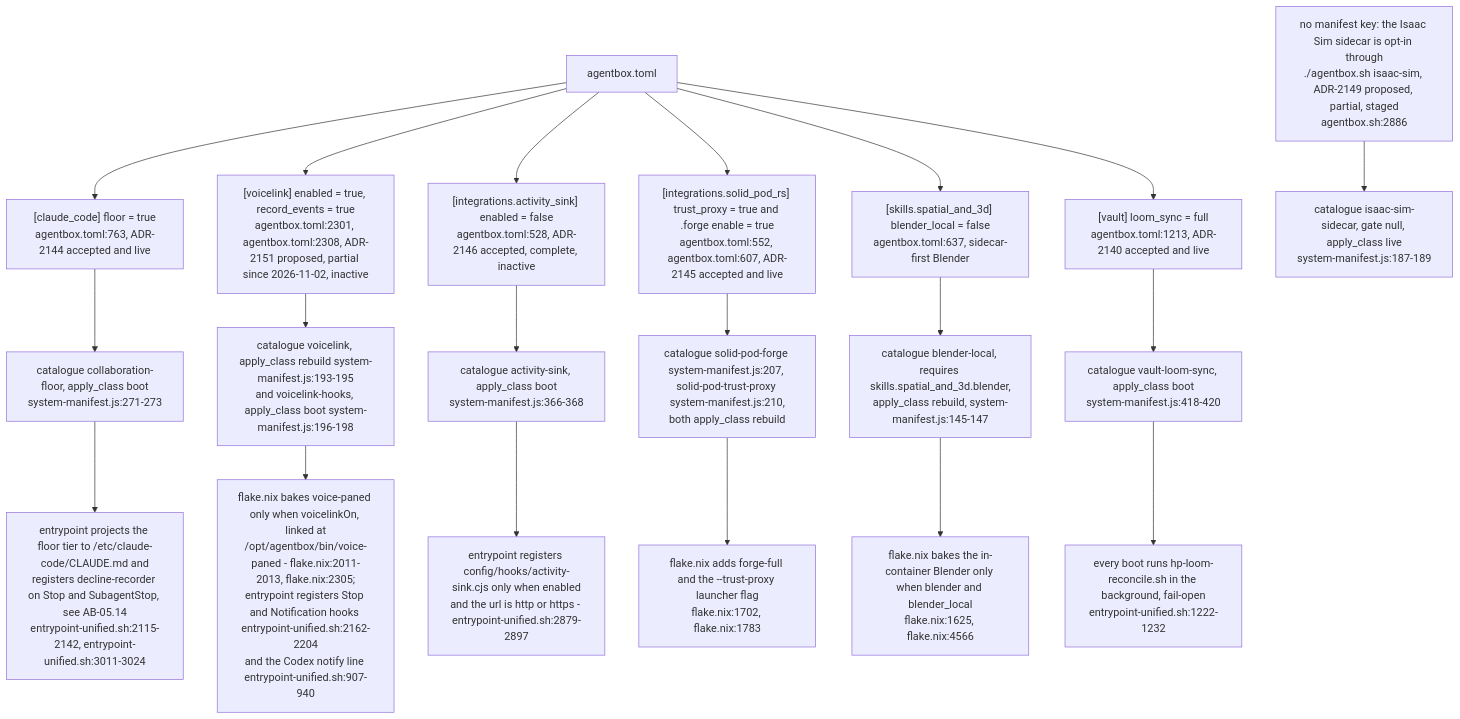
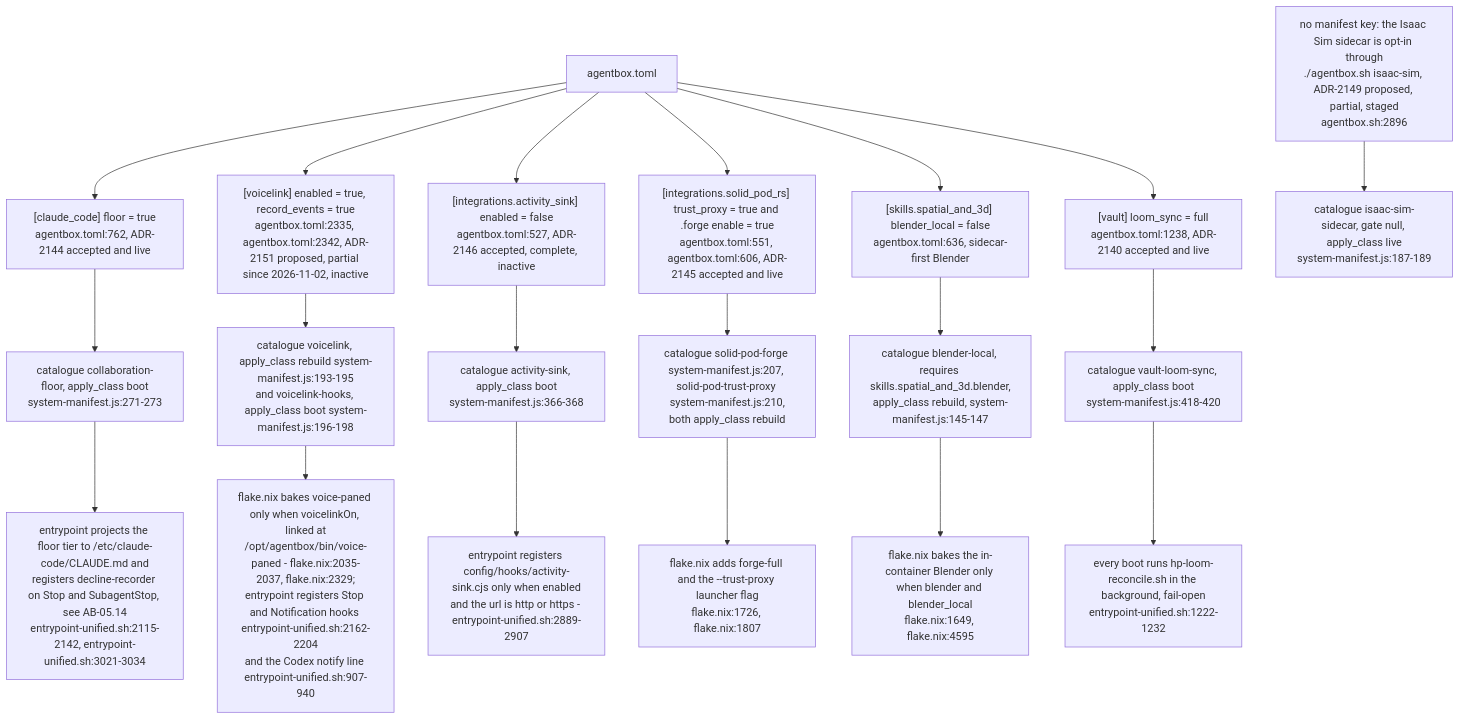
One commit to DreamLab-AI/VisionFlow changed diagram 16 of 16 in docs/diagrams/agentbox/05-manifest-gates-and-cli.md. Above: the diagram before and after it, drawn with Mermaid. The commit also changed other lines of this file, not shown here.

First line of the commit message:
diagrams(agentbox): re-verify AB-05 at agentbox 59b1aca

````diff
--- a/docs/diagrams/agentbox/05-manifest-gates-and-cli.md
+++ b/docs/diagrams/agentbox/05-manifest-gates-and-cli.md
@@ -588,26 +588,26 @@
 ```mermaid
 flowchart TB
     TOML["agentbox.toml"]
-    TOML --> G1["[claude_code] floor = true<br/>agentbox.toml:763, ADR-2144 accepted and live"]
-    TOML --> G2["[voicelink] enabled = true, record_events = true<br/>agentbox.toml:2301, agentbox.toml:2308, ADR-2151 proposed, partial since 2026-11-02, inactive"]
-    TOML --> G3["[integrations.activity_sink] enabled = false<br/>agentbox.toml:528, ADR-2146 accepted, complete, inactive"]
-    TOML --> G4["[integrations.solid_pod_rs] trust_proxy = true and .forge enable = true<br/>agentbox.toml:552, agentbox.toml:607, ADR-2145 accepted and live"]
-    TOML --> G5["[skills.spatial_and_3d] blender_local = false<br/>agentbox.toml:637, sidecar-first Blender"]
-    TOML --> G6["[vault] loom_sync = full<br/>agentbox.toml:1213, ADR-2140 accepted and live"]
-    NOKEY["no manifest key: the Isaac Sim sidecar is opt-in through<br/>./agentbox.sh isaac-sim, ADR-2149 proposed, partial, staged<br/>agentbox.sh:2886"]
+    TOML --> G1["[claude_code] floor = true<br/>agentbox.toml:762, ADR-2144 accepted and live"]
+    TOML --> G2["[voicelink] enabled = true, record_events = true<br/>agentbox.toml:2335, agentbox.toml:2342, ADR-2151 proposed, partial since 2026-11-02, inactive"]
+    TOML --> G3["[integrations.activity_sink] enabled = false<br/>agentbox.toml:527, ADR-2146 accepted, complete, inactive"]
+    TOML --> G4["[integrations.solid_pod_rs] trust_proxy = true and .forge enable = true<br/>agentbox.toml:551, agentbox.toml:606, ADR-2145 accepted and live"]
+    TOML --> G5["[skills.spatial_and_3d] blender_local = false<br/>agentbox.toml:636, sidecar-first Blender"]
+    TOML --> G6["[vault] loom_sync = full<br/>agentbox.toml:1238, ADR-2140 accepted and live"]
+    NOKEY["no manifest key: the Isaac Sim sidecar is opt-in through<br/>./agentbox.sh isaac-sim, ADR-2149 proposed, partial, staged<br/>agentbox.sh:2896"]
 
     G1 --> C1["catalogue collaboration-floor, apply_class boot<br/>system-manifest.js:271-273"]
     G2 --> C2["catalogue voicelink, apply_class rebuild system-manifest.js:193-195<br/>and voicelink-hooks, apply_class boot system-manifest.js:196-198"]
     G3 --> C3["catalogue activity-sink, apply_class boot<br/>system-manifest.js:366-368"]
     G4 --> C4["catalogue solid-pod-forge system-manifest.js:207, solid-pod-trust-proxy system-manifest.js:210,<br/>both apply_class rebuild"]
     G5 --> C5["catalogue blender-local, requires skills.spatial_and_3d.blender,<br/>apply_class rebuild, system-manifest.js:145-147"]
     G6 --> C6["catalogue vault-loom-sync, apply_class boot<br/>system-manifest.js:418-420"]
     NOKEY --> C7["catalogue isaac-sim-sidecar, gate null, apply_class live<br/>system-manifest.js:187-189"]
 
-    C1 --> B1["entrypoint projects the floor tier to /etc/claude-code/CLAUDE.md and<br/>registers decline-recorder on Stop and SubagentStop, see AB-05.14<br/>entrypoint-unified.sh:2115-2142, entrypoint-unified.sh:3011-3024"]
-    C2 --> B2["flake.nix bakes voice-paned only when voicelinkOn, linked at<br/>/opt/agentbox/bin/voice-paned - flake.nix:2011-2013, flake.nix:2305;<br/>entrypoint registers Stop and Notification hooks entrypoint-unified.sh:2162-2204<br/>and the Codex notify line entrypoint-unified.sh:907-940"]
-    C3 --> B3["entrypoint registers config/hooks/activity-sink.cjs only when enabled<br/>and the url is http or https - entrypoint-unified.sh:2879-2897"]
-    C4 --> B4["flake.nix adds forge-full and the --trust-proxy launcher flag<br/>flake.nix:1702, flake.nix:1783"]
-    C5 --> B5["flake.nix bakes the in-container Blender only when blender and blender_local<br/>flake.nix:1625, flake.nix:4566"]
+    C1 --> B1["entrypoint projects the floor tier to /etc/claude-code/CLAUDE.md and<br/>registers decline-recorder on Stop and SubagentStop, see AB-05.14<br/>entrypoint-unified.sh:2115-2142, entrypoint-unified.sh:3021-3034"]
+    C2 --> B2["flake.nix bakes voice-paned only when voicelinkOn, linked at<br/>/opt/agentbox/bin/voice-paned - flake.nix:2035-2037, flake.nix:2329;<br/>entrypoint registers Stop and Notification hooks entrypoint-unified.sh:2162-2204<br/>and the Codex notify line entrypoint-unified.sh:907-940"]
+    C3 --> B3["entrypoint registers config/hooks/activity-sink.cjs only when enabled<br/>and the url is http or https - entrypoint-unified.sh:2889-2907"]
+    C4 --> B4["flake.nix adds forge-full and the --trust-proxy launcher flag<br/>flake.nix:1726, flake.nix:1807"]
+    C5 --> B5["flake.nix bakes the in-container Blender only when blender and blender_local<br/>flake.nix:1649, flake.nix:4595"]
     C6 --> B6["every boot runs hp-loom-reconcile.sh in the background, fail-open<br/>entrypoint-unified.sh:1222-1232"]
 ```
````
